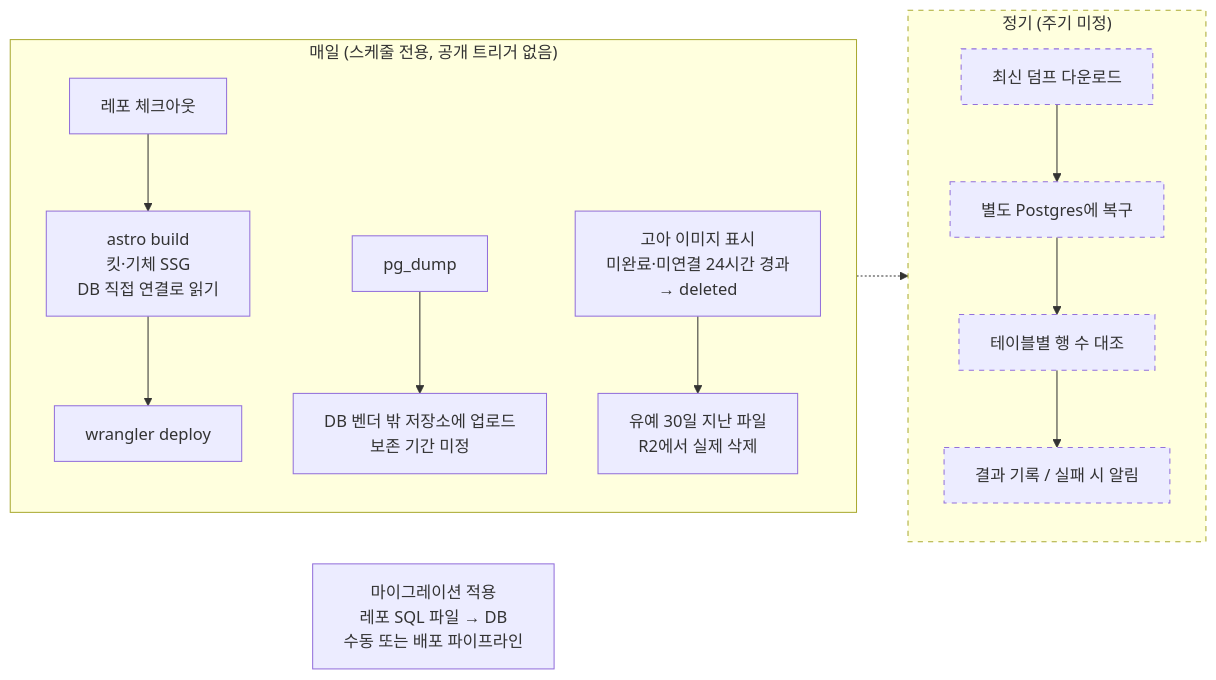
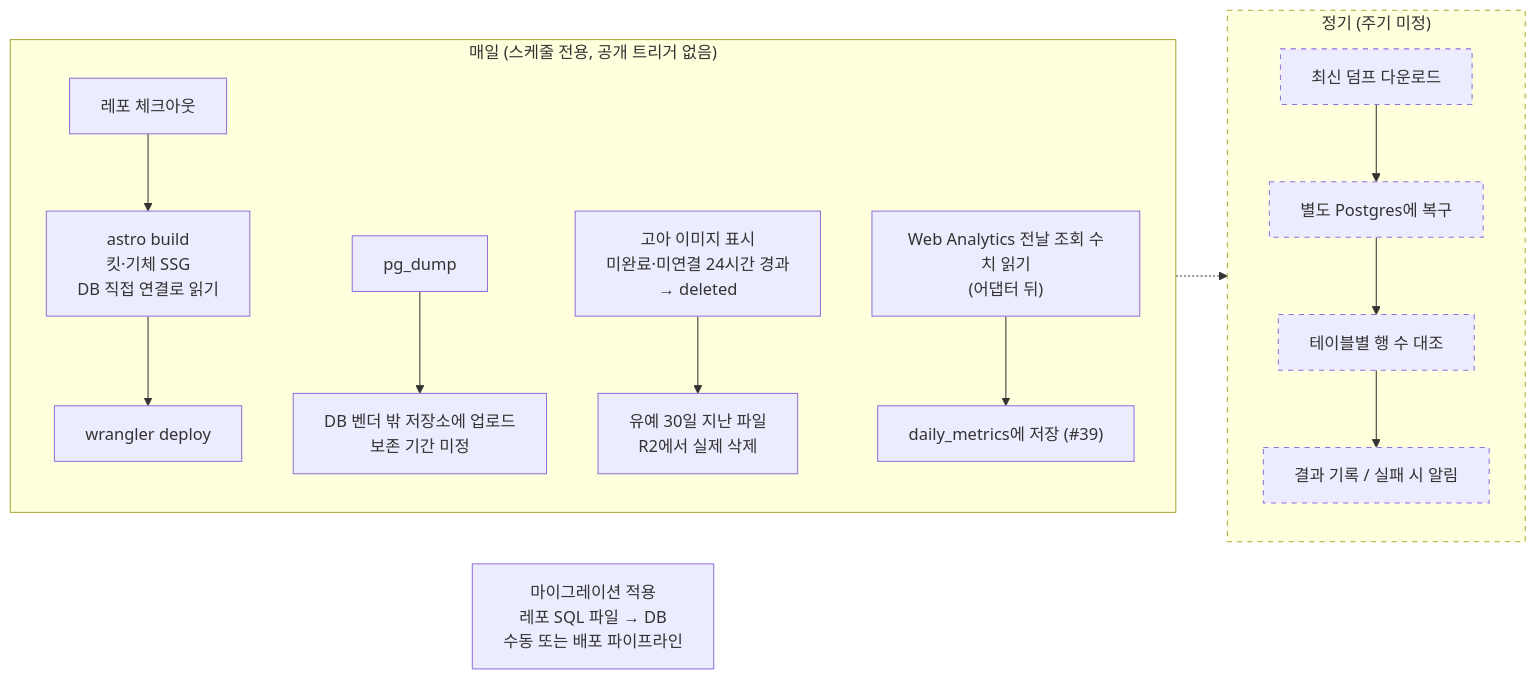
One commit to evanyun93/G-MOIM changed the third of 7 diagrams in docs/architecture/아키텍처_v1_2026-09-13.md. Above: the diagram before and after it, drawn with Mermaid. The commit also changed other lines of this file and 7 other files, not shown here.

````diff
--- a/docs/architecture/아키텍처_v1_2026-09-13.md
+++ b/docs/architecture/아키텍처_v1_2026-09-13.md
@@ -139,24 +139,25 @@
 ```mermaid
 flowchart LR
     subgraph DAILY["매일 (스케줄 전용, 공개 트리거 없음)"]
         direction TB
         B1["레포 체크아웃"] --> B2["astro build<br/>킷·기체 SSG<br/>DB 직접 연결로 읽기"]
         B2 --> B3["wrangler deploy"]
         D1["pg_dump"] --> D2["DB 벤더 밖 저장소에 업로드<br/>보존 기간 미정"]
         C1["고아 이미지 표시<br/>미완료·미연결 24시간 경과<br/>→ deleted"] --> C2["유예 30일 지난 파일<br/>R2에서 실제 삭제"]
+        M1["Web Analytics 전날 조회 수치 읽기<br/>(어댑터 뒤)"] --> M2["daily_metrics에 저장 (#39)"]
     end
 
     subgraph PERIODIC["정기 (주기 미정)"]
         direction TB
         R1["최신 덤프 다운로드"] --> R2["별도 Postgres에 복구"]
         R2 --> R3["테이블별 행 수 대조"]
         R3 --> R4["결과 기록 / 실패 시 알림"]
     end
 
     MIG["마이그레이션 적용<br/>레포 SQL 파일 → DB<br/>수동 또는 배포 파이프라인"]
 
     D2 -.-> R1
 
     classDef undecided stroke-dasharray: 5 5
     class PERIODIC,R1,R2,R3,R4 undecided
 ```
````
